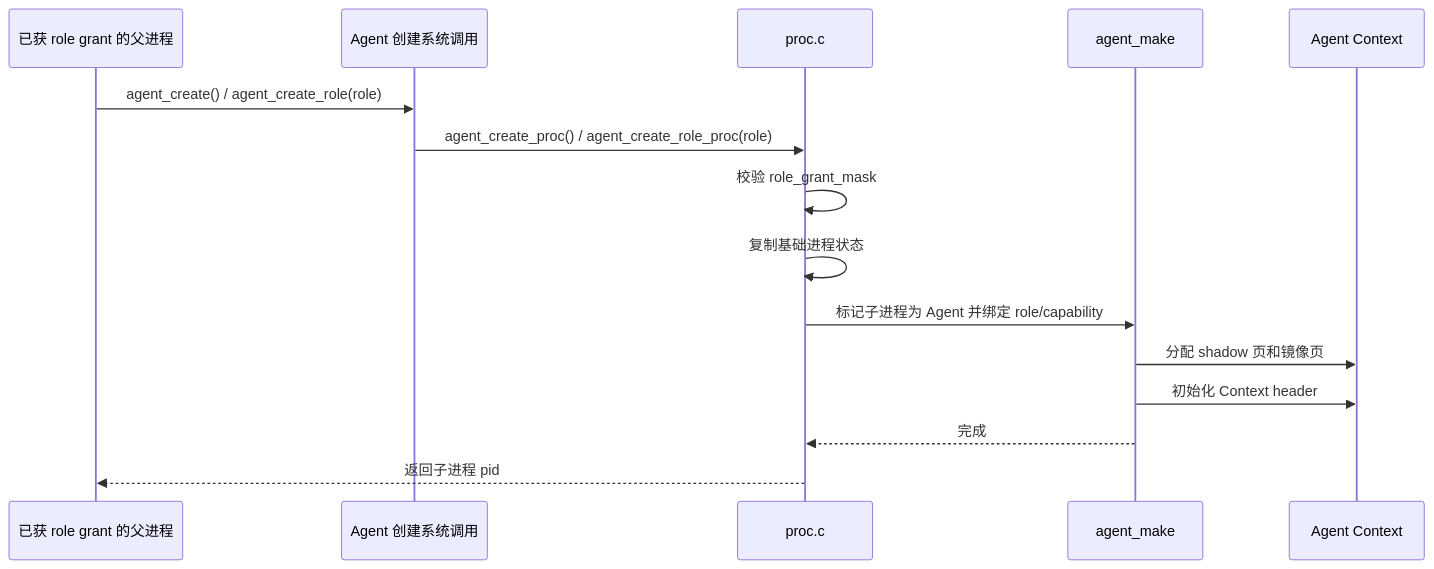
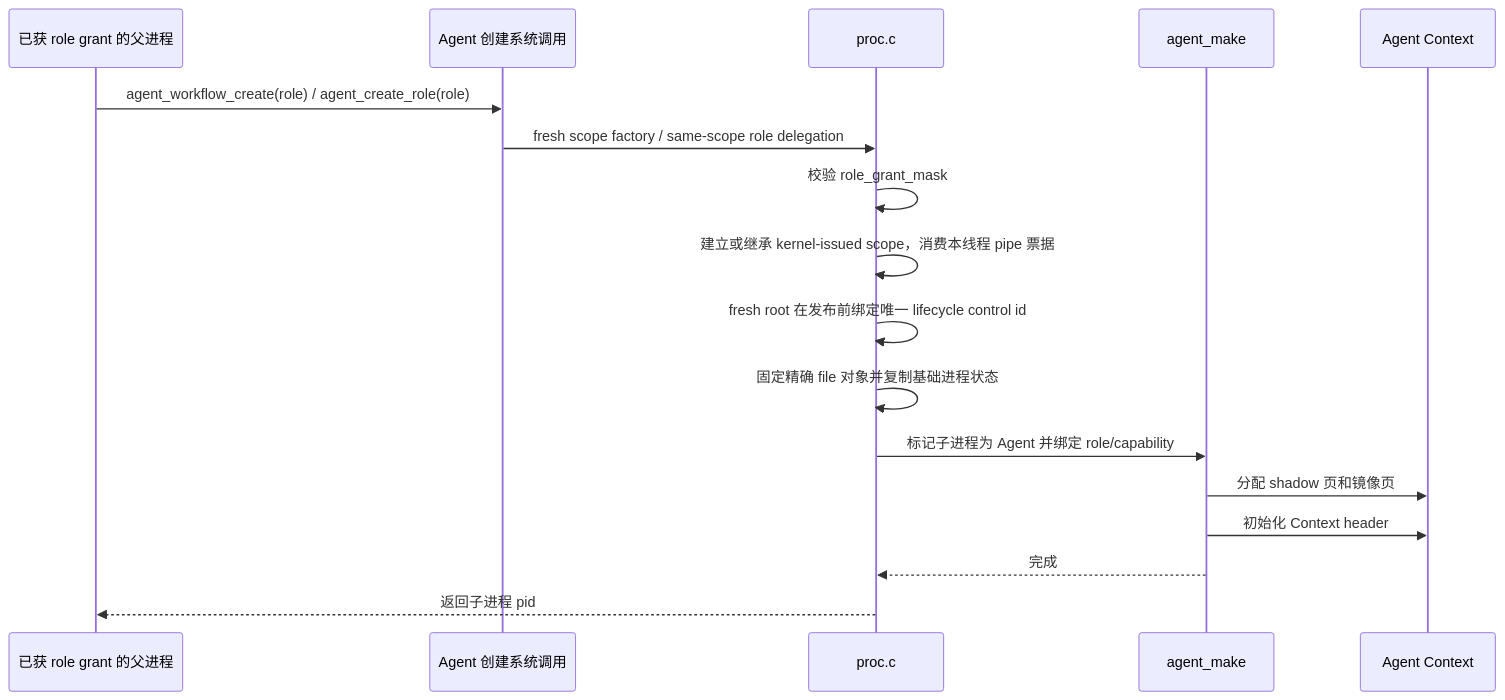
One commit to yushugulao/Agent-OS changed the diagram in docs/agentos/task1-agent-process.md. Above: the diagram before and after it, drawn with Mermaid. The commit also changed other lines of this file and 27 other files, not shown here.

````diff
--- a/docs/agentos/task1-agent-process.md
+++ b/docs/agentos/task1-agent-process.md
@@ -105,17 +108,19 @@
 ```mermaid
 sequenceDiagram
     participant P as 已获 role grant 的父进程
     participant S as Agent 创建系统调用
     participant K as proc.c
     participant A as agent_make
     participant C as Agent Context
-    P->>S: agent_create() / agent_create_role(role)
-    S->>K: agent_create_proc() / agent_create_role_proc(role)
+    P->>S: agent_workflow_create(role) / agent_create_role(role)
+    S->>K: fresh scope factory / same-scope role delegation
     K->>K: 校验 role_grant_mask
-    K->>K: 复制基础进程状态
+    K->>K: 建立或继承 kernel-issued scope，消费本线程 pipe 票据
+    K->>K: fresh root 在发布前绑定唯一 lifecycle control id
+    K->>K: 固定精确 file 对象并复制基础进程状态
     K->>A: 标记子进程为 Agent 并绑定 role/capability
     A->>C: 分配 shadow 页和镜像页
     A->>C: 初始化 Context header
     A-->>K: 完成
     K-->>P: 返回子进程 pid
 ```
````
